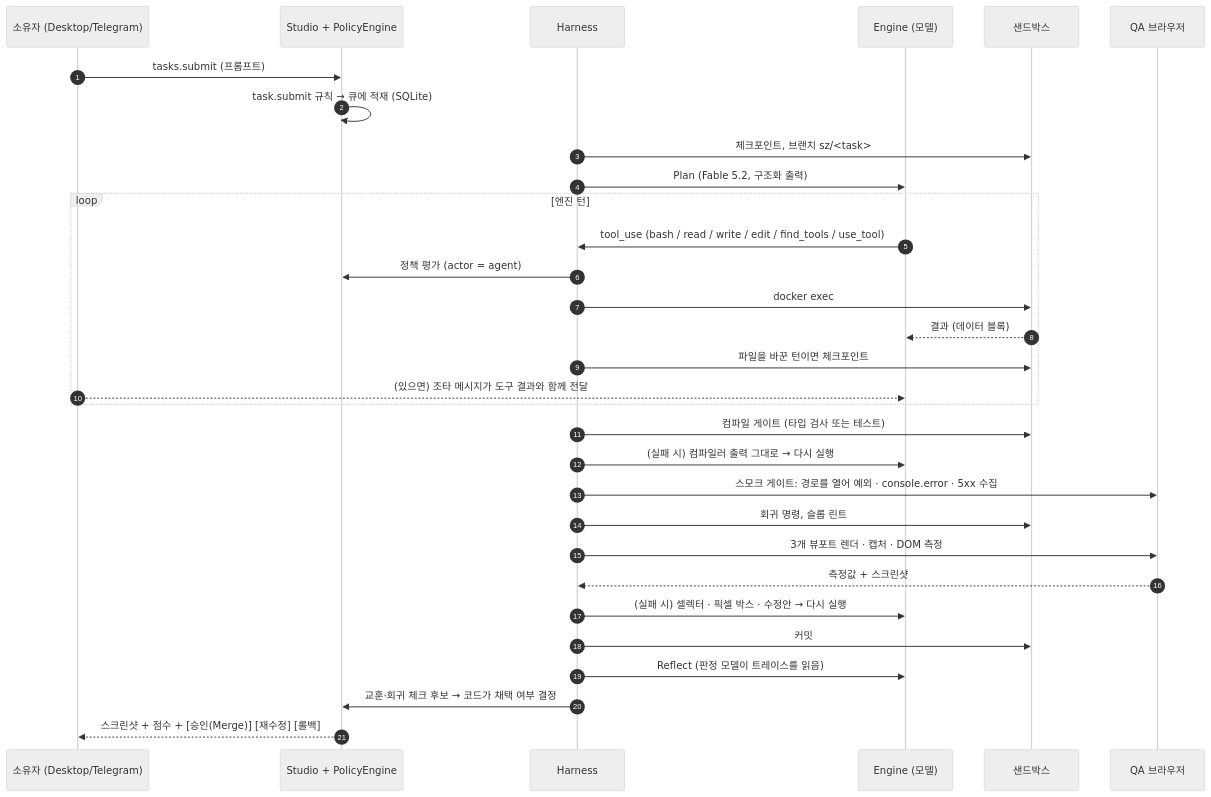
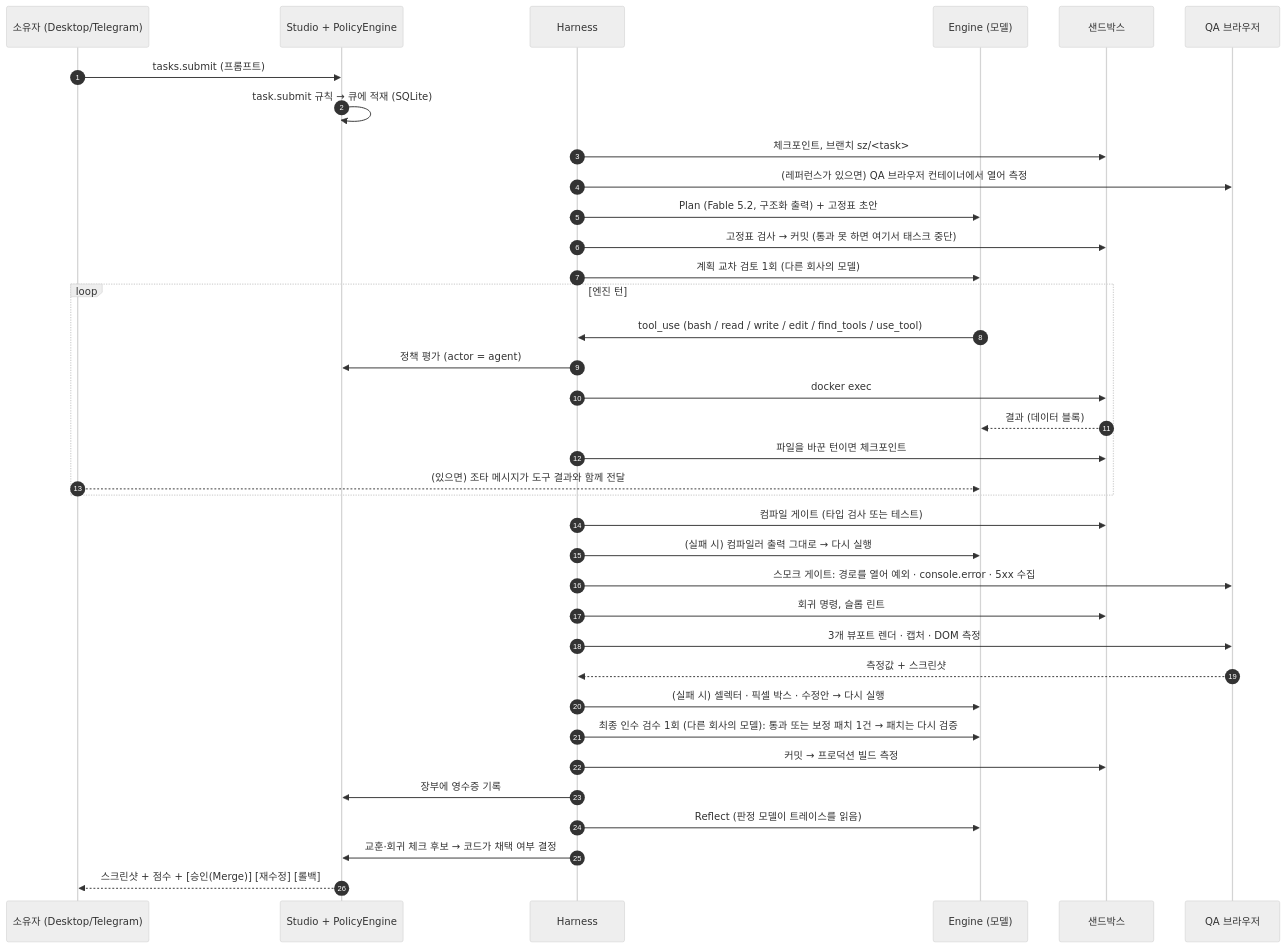
The second of 2 diagrams in docs/ARCHITECTURE.md (simsimhae91/studio-zero), drawn with Mermaid (neutral theme) before and after one commit. The commit also changed other lines of this file and 83 other files, not shown here.

````diff
--- a/docs/ARCHITECTURE.md
+++ b/docs/ARCHITECTURE.md
@@ -104,33 +112,38 @@
 ```mermaid
 sequenceDiagram
   autonumber
   participant O as 소유자 (Desktop/Telegram)
   participant S as Studio + PolicyEngine
   participant H as Harness
   participant E as Engine (모델)
   participant X as 샌드박스
   participant Q as QA 브라우저
   O->>S: tasks.submit (프롬프트)
   S->>S: task.submit 규칙 → 큐에 적재 (SQLite)
   H->>X: 체크포인트, 브랜치 sz/<task>
-  H->>E: Plan (Fable 5.2, 구조화 출력)
+  H->>Q: (레퍼런스가 있으면) QA 브라우저 컨테이너에서 열어 측정
+  H->>E: Plan (Fable 5.2, 구조화 출력) + 고정표 초안
+  H->>X: 고정표 검사 → 커밋 (통과 못 하면 여기서 태스크 중단)
+  H->>E: 계획 교차 검토 1회 (다른 회사의 모델)
   loop 엔진 턴
     E->>H: tool_use (bash / read / write / edit / find_tools / use_tool)
     H->>S: 정책 평가 (actor = agent)
     H->>X: docker exec
     X-->>E: 결과 (데이터 블록)
     H->>X: 파일을 바꾼 턴이면 체크포인트
     O-->>E: (있으면) 조타 메시지가 도구 결과와 함께 전달
   end
   H->>X: 컴파일 게이트 (타입 검사 또는 테스트)
   H->>E: (실패 시) 컴파일러 출력 그대로 → 다시 실행
   H->>Q: 스모크 게이트: 경로를 열어 예외 · console.error · 5xx 수집
   H->>X: 회귀 명령, 슬롭 린트
   H->>Q: 3개 뷰포트 렌더 · 캡처 · DOM 측정
   Q-->>H: 측정값 + 스크린샷
   H->>E: (실패 시) 셀렉터 · 픽셀 박스 · 수정안 → 다시 실행
-  H->>X: 커밋
+  H->>E: 최종 인수 검수 1회 (다른 회사의 모델): 통과 또는 보정 패치 1건 → 패치는 다시 검증
+  H->>X: 커밋 → 프로덕션 빌드 측정
+  H->>S: 장부에 영수증 기록
   H->>E: Reflect (판정 모델이 트레이스를 읽음)
   H->>S: 교훈·회귀 체크 후보 → 코드가 채택 여부 결정
   S-->>O: 스크린샷 + 점수 + [승인(Merge)] [재수정] [롤백]
 ```
````
